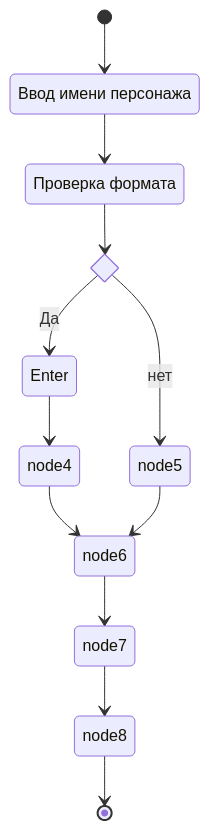
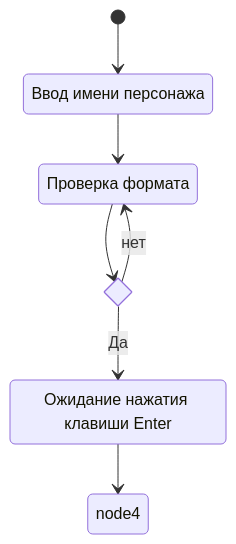
The first of 7 diagrams in docs/functions.md (EgorVarshutin22107/laughing-potato), drawn with Mermaid before and after one commit.

Commit message:
ла

````diff
--- a/docs/functions.md
+++ b/docs/functions.md
@@ -56,20 +56,16 @@
 ```mermaid
 stateDiagram-v2
 node1: Ввод имени персонажа
 node2: Проверка формата
-node3: Enter
+node3: Ожидание нажатия клавиши Enter
 state if_state <<choice>>
 
 
 [*] --> node1
 node1 --> node2
 node2 --> if_state
 if_state --> node3 : Да
 node3 --> node4
-if_state --> node5 : нет 
-node4 --> node6
-node5 --> node6
-node6 --> node7
-node7 --> node8
-node8 --> [*]
+if_state --> node2 : нет 
+
 ```
````
